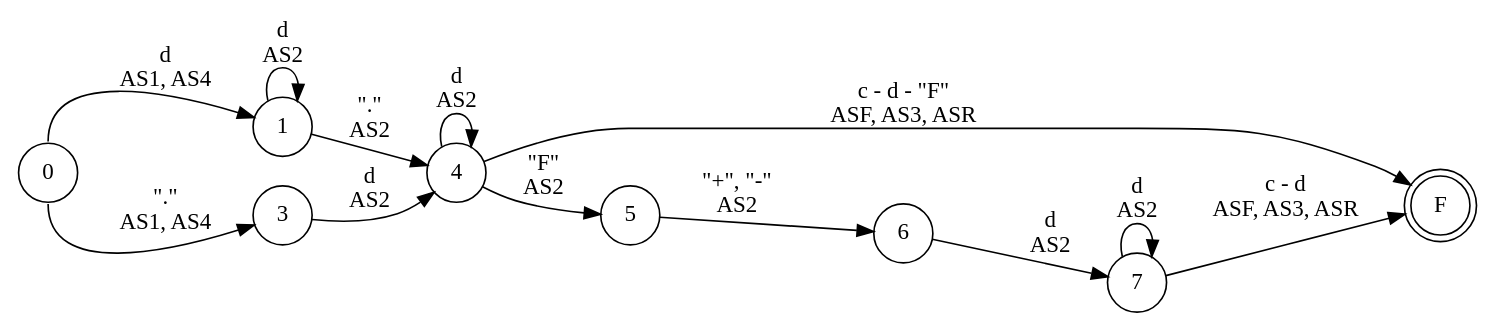
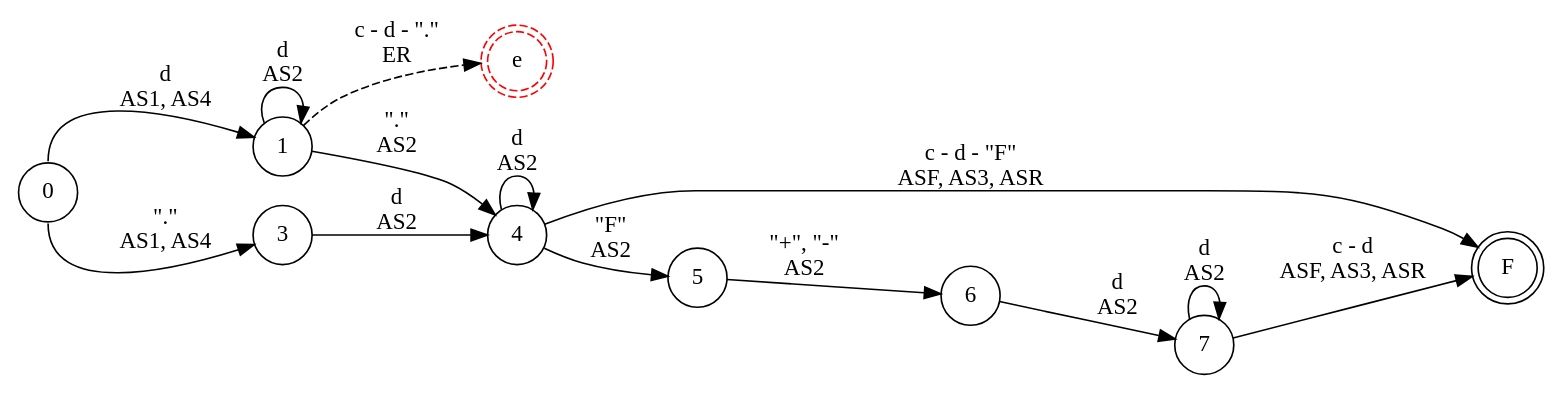
The diagram in resources/diagrams/errors/floating.dot (iroumec/RouVel-Compiler), drawn with Graphviz before and after one commit. The commit also changed 11 other files, not shown here.

```diff
--- a/resources/diagrams/errors/floating.dot
+++ b/resources/diagrams/errors/floating.dot
@@ -1,18 +1,20 @@
 digraph DFA {
     rankdir = LR;
     node [shape = circle;];
     F [shape = doublecircle;];
+    e [shape = doublecircle;style = dashed;color = red;];
     
     0 -> 1 [label = "d \n AS1, AS4"; tailport = n;];
     0 -> 3 [label = "\".\" \n AS1, AS4"; tailport = s;];
     1 -> 1 [label = "d \n AS2";];
     1 -> 4 [label = "\".\" \n AS2";];
+    1 -> e [label = "c - d - \".\" \n ER"; style = dashed;];
     3 -> 4 [label = "d \n AS2";];
     4 -> 4 [label = "d \n AS2";];
     4 -> F [label = "c - d - \"F\" \n ASF, AS3, ASR";];
     4 -> 5 [label = "\"F\" \n AS2";];
     5 -> 6 [label = "\"+\", \"-\" \n AS2";];
     6 -> 7 [label = "d \n AS2";];
     7 -> 7 [label = "d \n AS2";];
     7 -> F [label = "c - d \n ASF, AS3, ASR";];
 }
```
